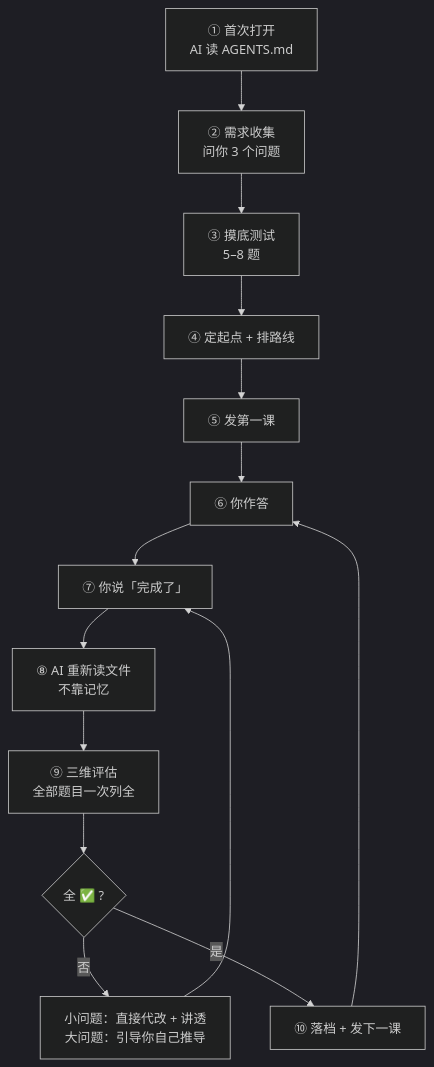
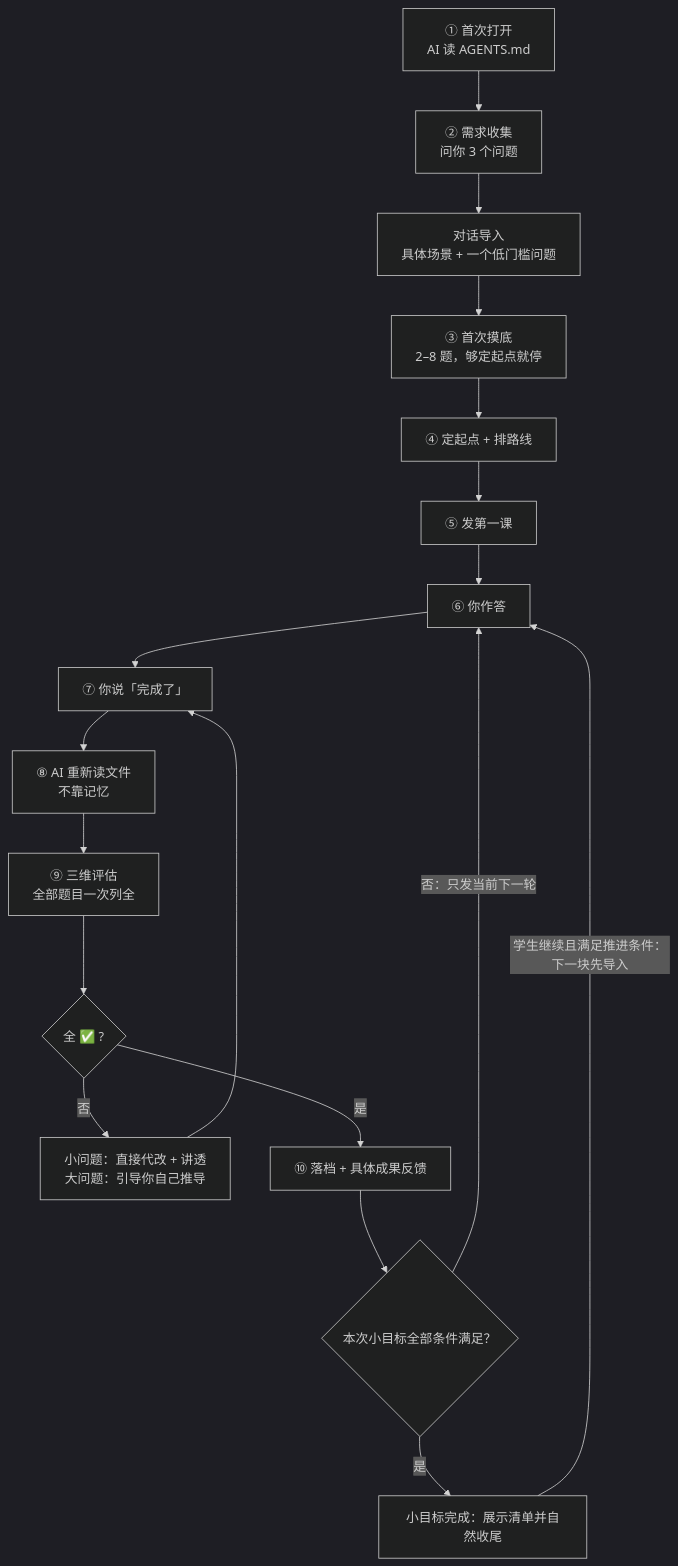
One commit to wildcat430524/StepsToGreat changed the diagram in README.md. Above: the diagram before and after it, drawn with Mermaid (dark theme). The commit also changed other lines of this file and 36 other files, not shown here.

````diff
--- a/README.md
+++ b/README.md
@@ -256,16 +261,20 @@
 ```mermaid
 flowchart TD
     A["① 首次打开<br/>AI 读 AGENTS.md"] --> B["② 需求收集<br/>问你 3 个问题"]
-    B --> C["③ 摸底测试<br/>5–8 题"]
+    B --> X["对话导入<br/>具体场景 + 一个低门槛问题"]
+    X --> C["③ 首次摸底<br/>2–8 题，够定起点就停"]
     C --> D["④ 定起点 + 排路线"]
     D --> E["⑤ 发第一课"]
     E --> F["⑥ 你作答"]
     F --> G["⑦ 你说「完成了」"]
     G --> H["⑧ AI 重新读文件<br/>不靠记忆"]
     H --> I["⑨ 三维评估<br/>全部题目一次列全"]
     I --> J{"全 ✅ ?"}
     J -->|"否"| K["小问题：直接代改 + 讲透<br/>大问题：引导你自己推导"]
     K --> G
-    J -->|"是"| L["⑩ 落档 + 发下一课"]
-    L --> F
+    J -->|"是"| L["⑩ 落档 + 具体成果反馈"]
+    L --> M{"本次小目标全部条件满足？"}
+    M -->|"否：只发当前下一轮"| F
+    M -->|"是"| S["小目标完成：展示清单并自然收尾"]
+    S -->|"学生继续且满足推进条件：下一块先导入"| F
 ```
````
